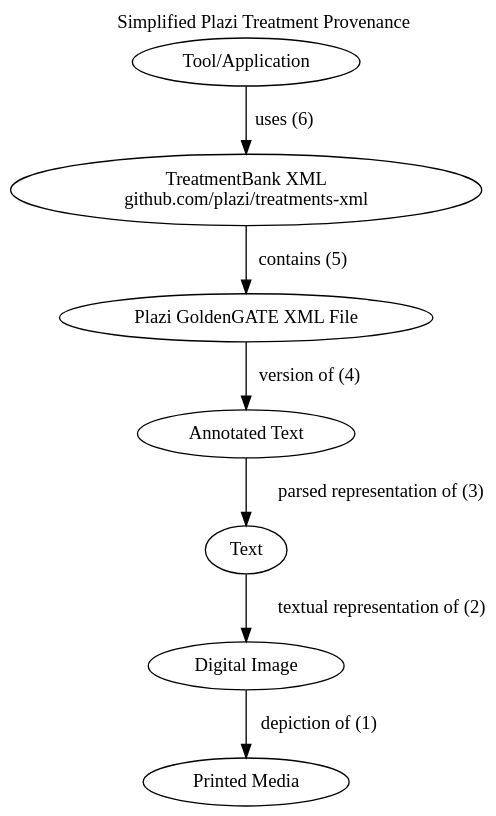
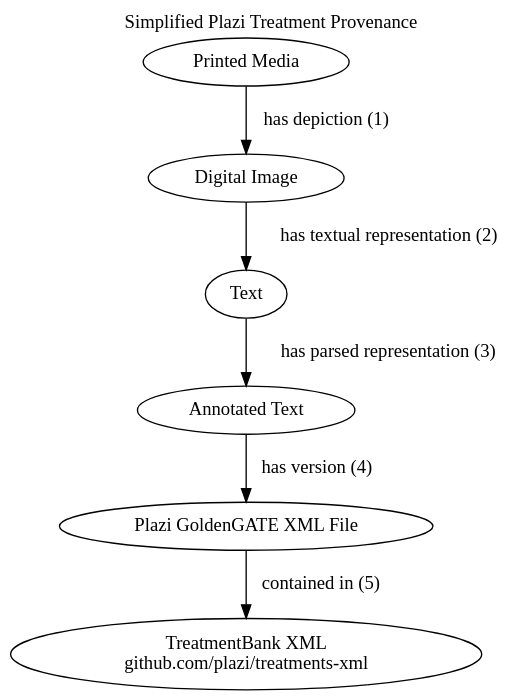
Before and after one commit to globalbioticinteractions/globalbioticinteractions.github.io: the diagram in plazi-zenodo/assets/plazi-provenance.dot, drawn with Graphviz. The commit also changed 1 other file, not shown here.

```diff
--- a/plazi-zenodo/assets/plazi-provenance.dot
+++ b/plazi-zenodo/assets/plazi-provenance.dot
@@ -1,23 +1,21 @@
 digraph pairwise {
     bgcolor="transparent";
     labelloc="t";
     label="Simplified Plazi Treatment Provenance";
     a1 [label="Printed Media"];
     b1 [label="Digital Image"];
     c1 [label="Text"];
     d1 [label="Annotated Text"];
     e1 [label="Plazi GoldenGATE XML File"];
     f1 [label="TreatmentBank XML\ngithub.com/plazi/treatments-xml"];
-    g1 [label="Tool/Application"];
     //{ rank=same;
-    b1 -> a1 [label="depiction of (1)"];
-    c1 -> b1 [label="textual representation of (2)"];
+    a1 -> b1 [label="has depiction (1)"];
+    b1 -> c1 [label="has textual representation (2)"];
     //};
     //{ 
 
-    d1 -> c1 [label="parsed representation of (3)"];
-    e1 -> d1 [label="version of (4)"];
-    f1 -> e1 [label="contains (5)"];
-    g1 -> f1 [label="uses (6)"];
+    c1 -> d1 [label="has parsed representation (3)"];
+    d1 -> e1 [label="has version (4)"];
+    e1 -> f1 [label="contained in (5)"];
     //};
 }
```
